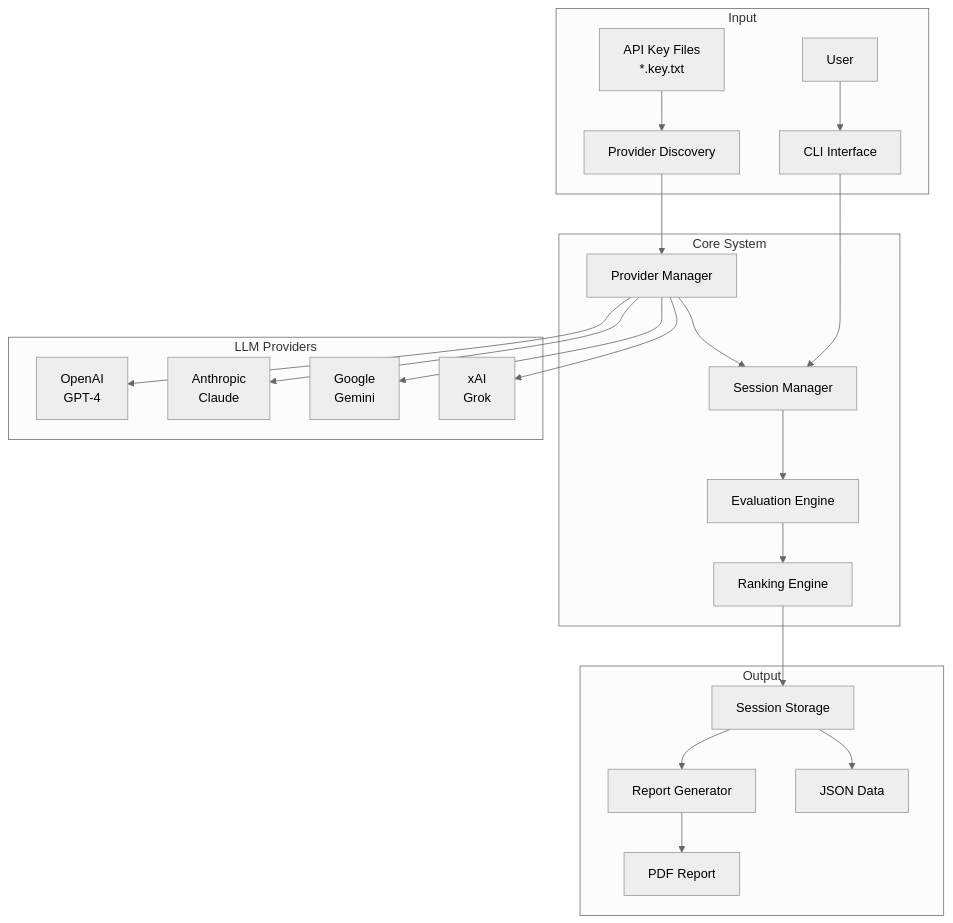
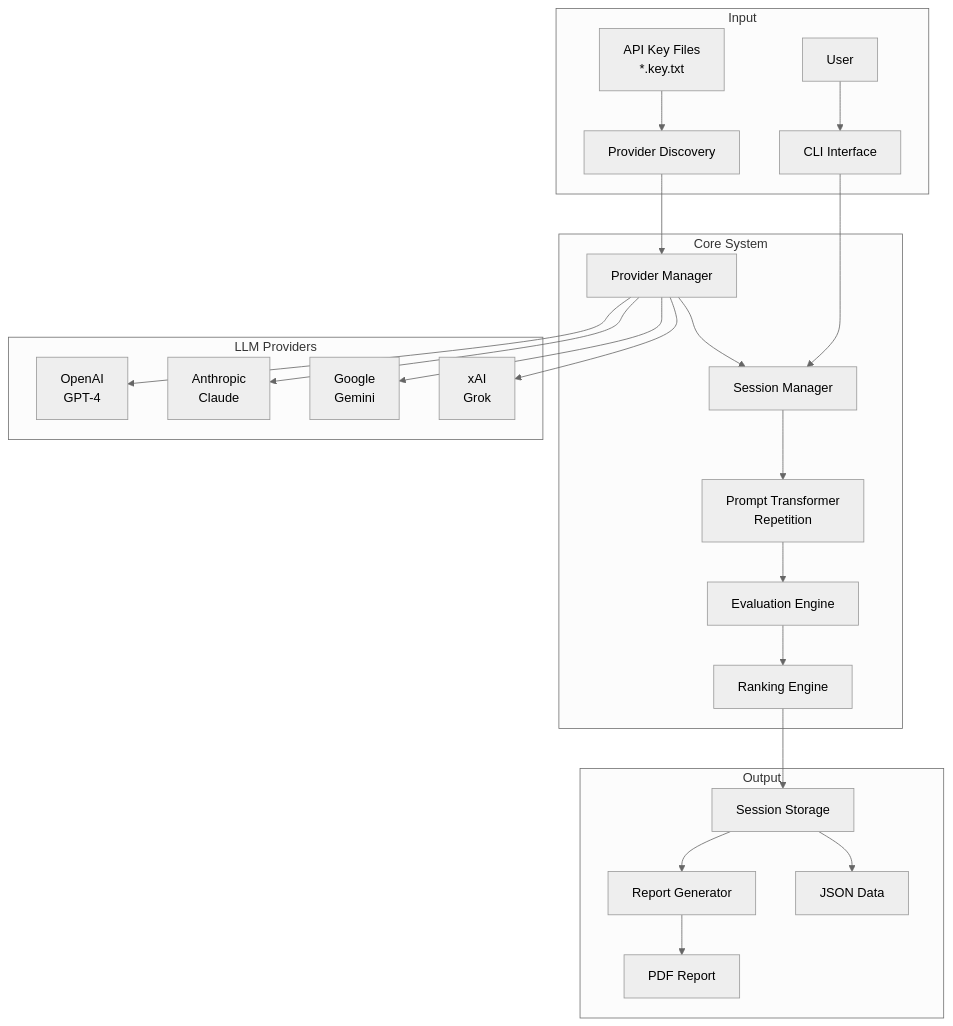
One commit to rondilley/llm_compare changed the first of 19 diagrams in docs/ARCHITECTURE.md. Above: the diagram before and after it, drawn with Mermaid (neutral theme). The commit also changed other lines of this file and 13 other files, not shown here.

````diff
--- a/docs/ARCHITECTURE.md
+++ b/docs/ARCHITECTURE.md
@@ -7,29 +7,30 @@
 ```mermaid
 flowchart TB
     subgraph Input
         USER[User] --> CLI[CLI Interface]
         KEYS[API Key Files<br/>*.key.txt] --> DISC[Provider Discovery]
     end
 
     subgraph Core["Core System"]
         CLI --> SM[Session Manager]
         DISC --> PM[Provider Manager]
         PM --> SM
-        SM --> EVAL[Evaluation Engine]
+        SM --> PROMPT[Prompt Transformer<br/>Repetition]
+        PROMPT --> EVAL[Evaluation Engine]
         EVAL --> RANK[Ranking Engine]
     end
 
     subgraph Providers["LLM Providers"]
         PM --> OAI[OpenAI<br/>GPT-4]
         PM --> CLD[Anthropic<br/>Claude]
         PM --> GEM[Google<br/>Gemini]
         PM --> XAI[xAI<br/>Grok]
     end
 
     subgraph Output
         RANK --> STORE[Session Storage]
         STORE --> RPT[Report Generator]
         RPT --> PDF[PDF Report]
         STORE --> JSON[JSON Data]
     end
 ```
````
